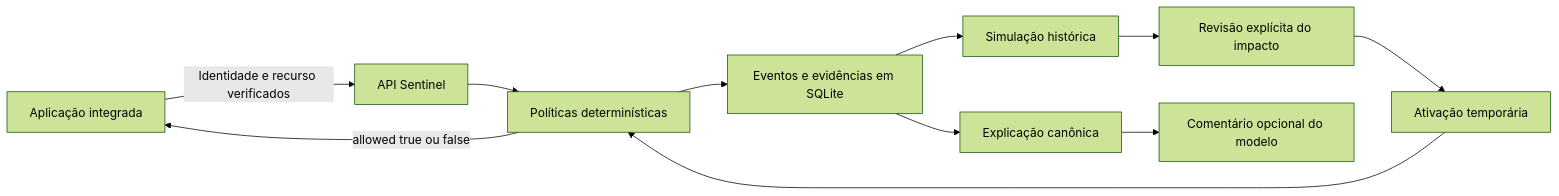
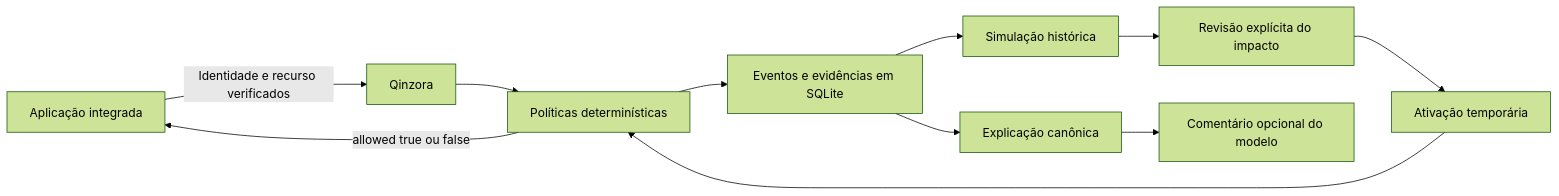
One commit to vinidutraa/qinzora changed the first of 2 diagrams in docs/ARQUITETURA.md. Above: the diagram before and after it, drawn with Mermaid (forest theme). The commit also changed other lines of this file and 61 other files, not shown here.

````diff
--- a/docs/ARQUITETURA.md
+++ b/docs/ARQUITETURA.md
@@ -3,13 +3,13 @@
 ```mermaid
 flowchart LR
-    A[Aplicação integrada] -->|Identidade e recurso verificados| B[API Sentinel]
+    A[Aplicação integrada] -->|Identidade e recurso verificados| B[Qinzora]
     B --> C[Políticas determinísticas]
     C --> D[Eventos e evidências em SQLite]
     D --> E[Simulação histórica]
     E --> F[Revisão explícita do impacto]
     F --> G[Ativação temporária]
     G --> C
     C -->|allowed true ou false| A
     D --> H[Explicação canônica]
     H --> I[Comentário opcional do modelo]
 ```
````
